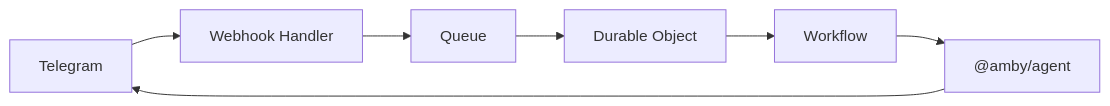
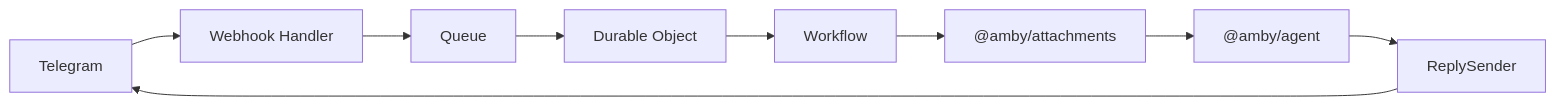
Before and after one commit to punitarani/amby: the second of 2 diagrams in docs/ARCHITECTURE.md, drawn with Mermaid. The commit also changed other lines of this file and 57 other files, not shown here.

Commit message:
Add Telegram attachment pipeline and document chat flow

````diff
--- a/docs/ARCHITECTURE.md
+++ b/docs/ARCHITECTURE.md
@@ -77,9 +93,11 @@
 ```mermaid
 flowchart LR
     TG[Telegram] --> WH[Webhook Handler]
     WH --> Q[Queue]
     Q --> DO[Durable Object]
     DO --> WF[Workflow]
-    WF --> Agent["@amby/agent"]
-    Agent --> TG
+    WF --> Attach["@amby/attachments"]
+    Attach --> Agent["@amby/agent"]
+    Agent --> Sender["ReplySender"]
+    Sender --> TG
 ```
````
